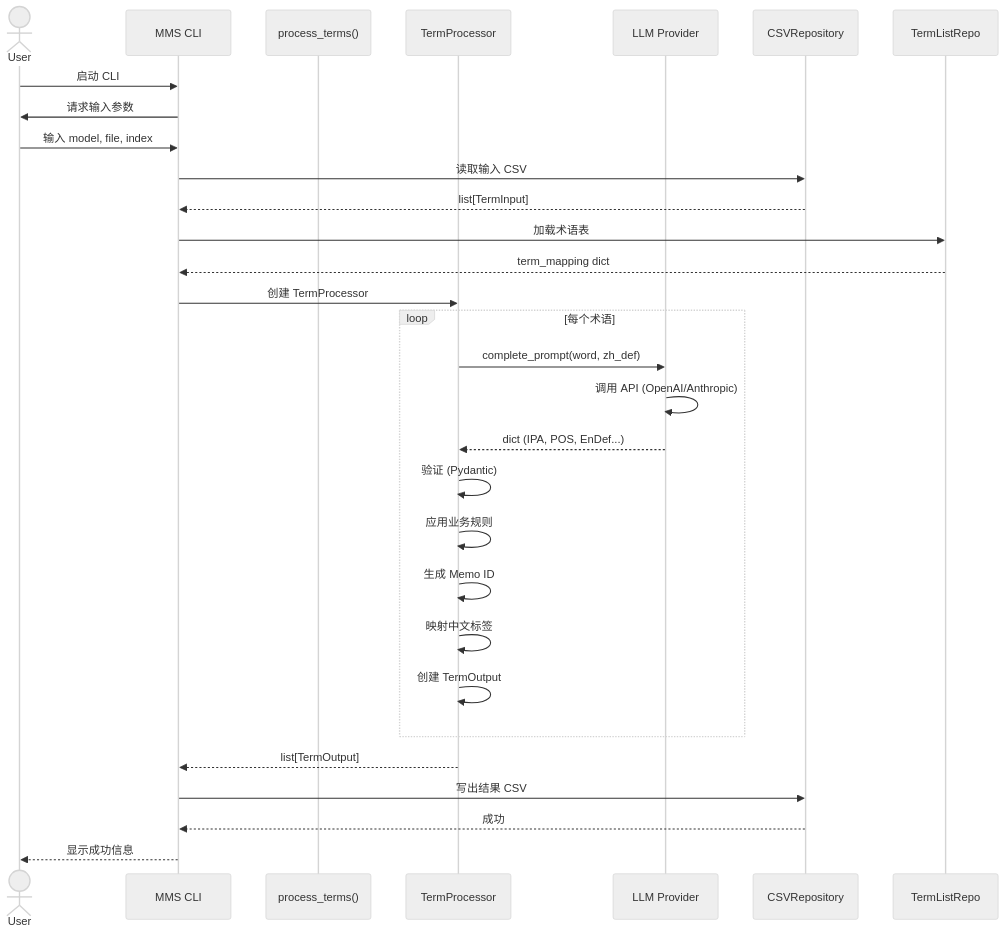
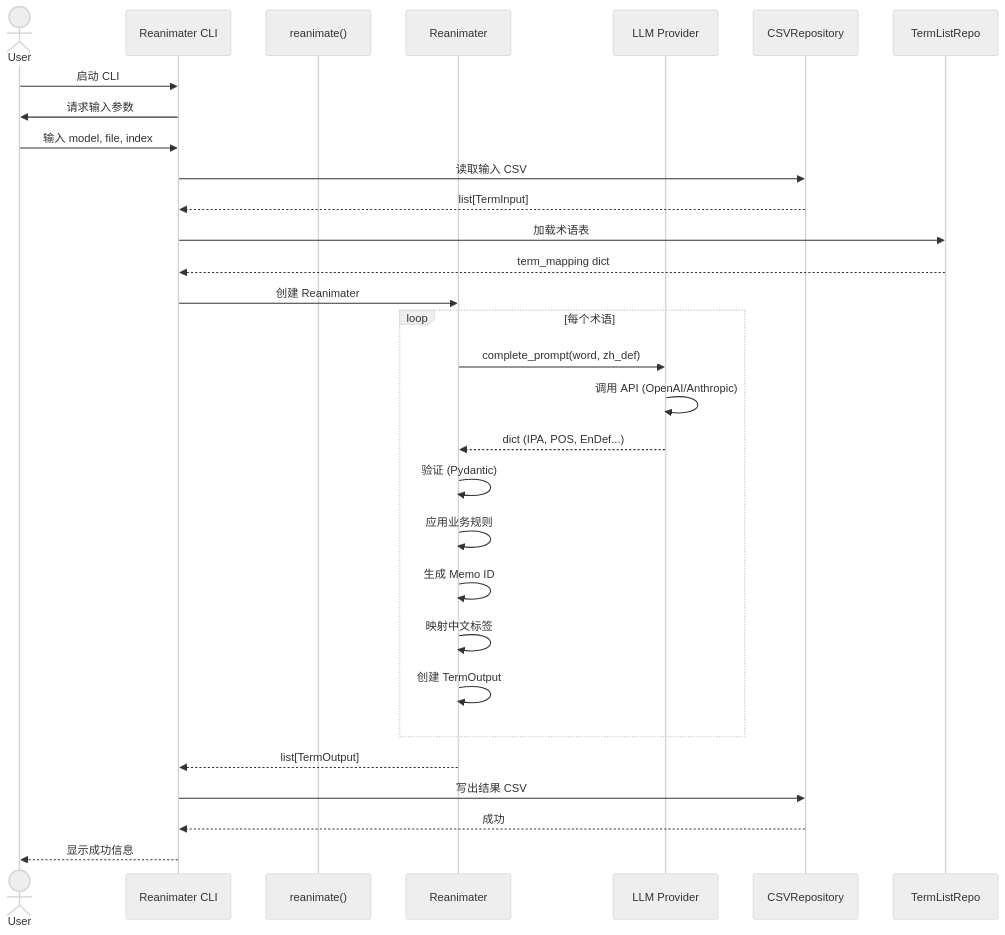
One commit to C1M0N/Memosyne changed the seventh of 11 diagrams in ARCHITECTURE.md. Above: the diagram before and after it, drawn with Mermaid (neutral theme). The commit also changed other lines of this file and 22 other files, not shown here.

First line of the commit message:
[v0.6.2] 系统性重命名：MMS→Reanimater & ExParser→Lithoformer

````diff
--- a/ARCHITECTURE.md
+++ b/ARCHITECTURE.md
@@ -332,42 +332,42 @@
 ```mermaid
 sequenceDiagram
     actor User
-    participant CLI as MMS CLI
-    participant API as process_terms()
-    participant TP as TermProcessor
+    participant CLI as Reanimater CLI
+    participant API as reanimate()
+    participant RA as Reanimater
     participant LLM as LLM Provider
     participant CSV as CSVRepository
     participant TL as TermListRepo
 
     User->>CLI: 启动 CLI
     CLI->>User: 请求输入参数
     User->>CLI: 输入 model, file, index
 
     CLI->>CSV: 读取输入 CSV
     CSV-->>CLI: list[TermInput]
 
     CLI->>TL: 加载术语表
     TL-->>CLI: term_mapping dict
 
-    CLI->>TP: 创建 TermProcessor
+    CLI->>RA: 创建 Reanimater
 
     loop 每个术语
-        TP->>LLM: complete_prompt(word, zh_def)
+        RA->>LLM: complete_prompt(word, zh_def)
         LLM->>LLM: 调用 API (OpenAI/Anthropic)
-        LLM-->>TP: dict (IPA, POS, EnDef...)
+        LLM-->>RA: dict (IPA, POS, EnDef...)
 
-        TP->>TP: 验证 (Pydantic)
-        TP->>TP: 应用业务规则
-        TP->>TP: 生成 Memo ID
-        TP->>TP: 映射中文标签
+        RA->>RA: 验证 (Pydantic)
+        RA->>RA: 应用业务规则
+        RA->>RA: 生成 Memo ID
+        RA->>RA: 映射中文标签
 
-        TP->>TP: 创建 TermOutput
+        RA->>RA: 创建 TermOutput
     end
 
-    TP-->>CLI: list[TermOutput]
+    RA-->>CLI: list[TermOutput]
 
     CLI->>CSV: 写出结果 CSV
     CSV-->>CLI: 成功
 
     CLI-->>User: 显示成功信息
 ```
````
